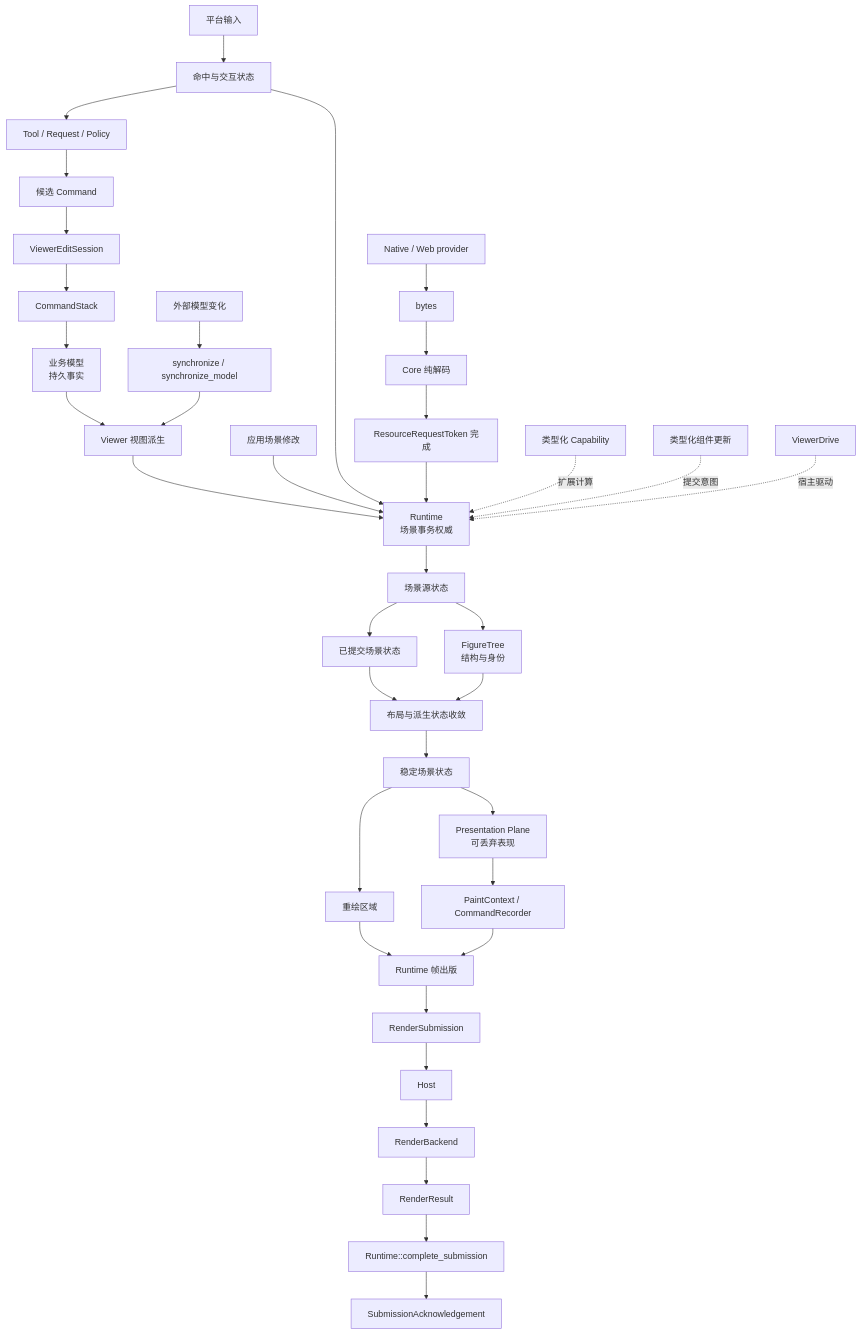
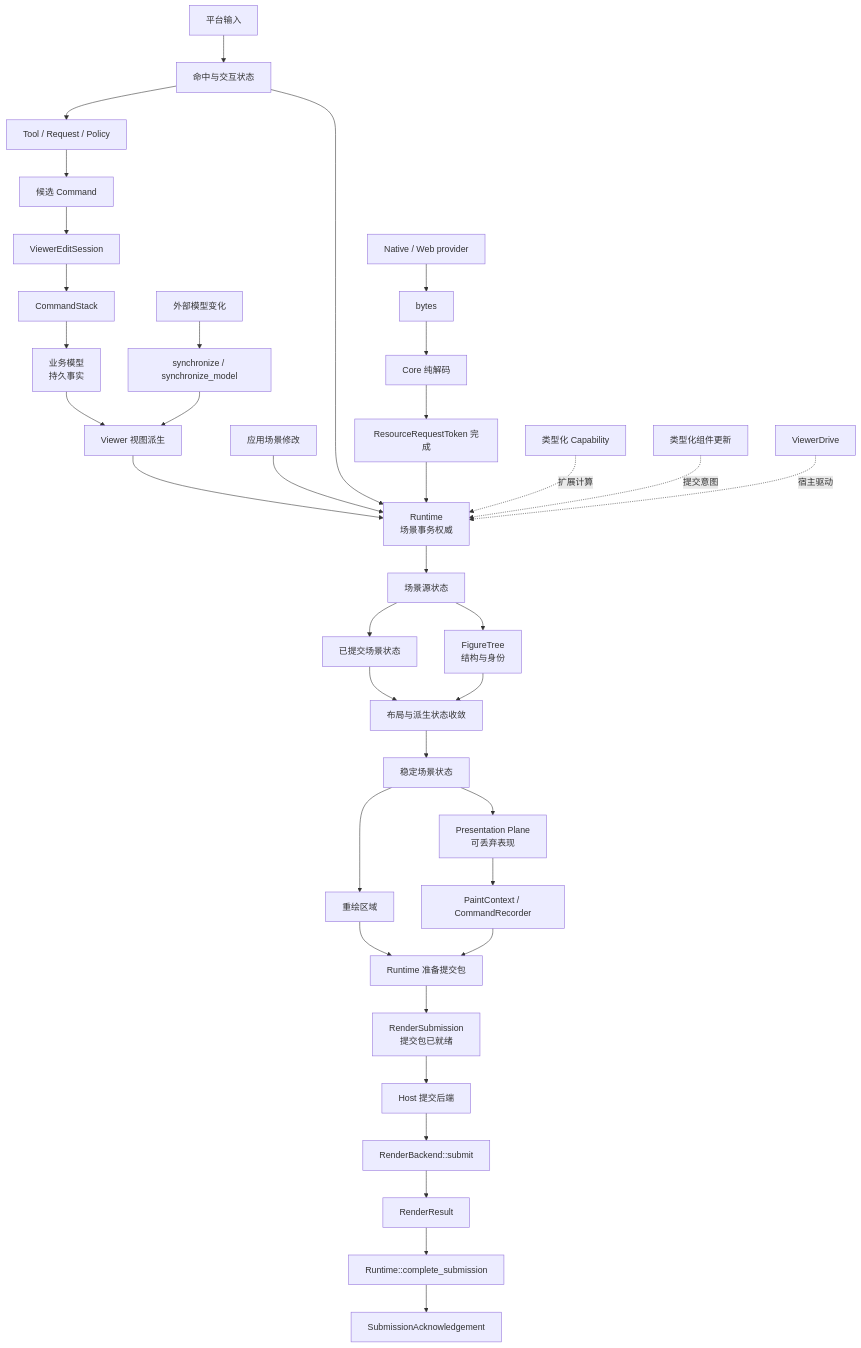
The first of 6 diagrams in engine/wasm_rust/novadraw/book/internals/src/appendix-concept-map.md (yezhang/novadraw), drawn with Mermaid before and after one commit. The commit also changed other lines of this file and 25 other files, not shown here.

````diff
--- a/engine/wasm_rust/novadraw/book/internals/src/appendix-concept-map.md
+++ b/engine/wasm_rust/novadraw/book/internals/src/appendix-concept-map.md
@@ -10,45 +10,45 @@
 ```mermaid
 flowchart TD
     Model[业务模型<br/>持久事实] --> View[Viewer 视图派生]
     Input[平台输入] --> Interaction[命中与交互状态]
     Interaction --> Editing[Tool / Request / Policy]
     Editing --> Command[候选 Command]
     Command --> EditSession[ViewerEditSession]
     EditSession --> Stack[CommandStack]
     Stack --> Model
 
     External[外部模型变化] --> Synchronize[synchronize / synchronize_model]
     Synchronize --> View
 
     View --> Runtime[Runtime<br/>场景事务权威]
     App[应用场景修改] --> Runtime
     Interaction --> Runtime
 
     Runtime --> Source[场景源状态]
     Source --> Tree[FigureTree<br/>结构与身份]
     Source --> Committed[已提交场景状态]
     Committed --> Stabilize[布局与派生状态收敛]
     Tree --> Stabilize
     Stabilize --> Stable[稳定场景状态]
 
     Stable --> Presentation[Presentation Plane<br/>可丢弃表现]
     Presentation --> Record[PaintContext / CommandRecorder]
     Stable --> Damage[重绘区域]
-    Damage --> Publish[Runtime 帧出版]
-    Record --> Publish
-    Publish --> Submission[RenderSubmission]
-    Submission --> Host[Host]
-    Host --> Backend[RenderBackend]
+    Damage --> PrepareSubmission[Runtime 准备提交包]
+    Record --> PrepareSubmission
+    PrepareSubmission --> Submission[RenderSubmission<br/>提交包已就绪]
+    Submission --> Host[Host 提交后端]
+    Host --> Backend[RenderBackend::submit]
     Backend --> Result[RenderResult]
     Result --> Complete[Runtime::complete_submission]
     Complete --> Ack[SubmissionAcknowledgement]
 
     Provider[Native / Web provider] --> Bytes[bytes]
     Bytes --> Decode[Core 纯解码]
     Decode --> Token[ResourceRequestToken 完成]
     Token --> Runtime
 
     Capability[类型化 Capability] -.扩展计算.-> Runtime
     Component[类型化组件更新] -.提交意图.-> Runtime
     Drive[ViewerDrive] -.宿主驱动.-> Runtime
 ```
````
